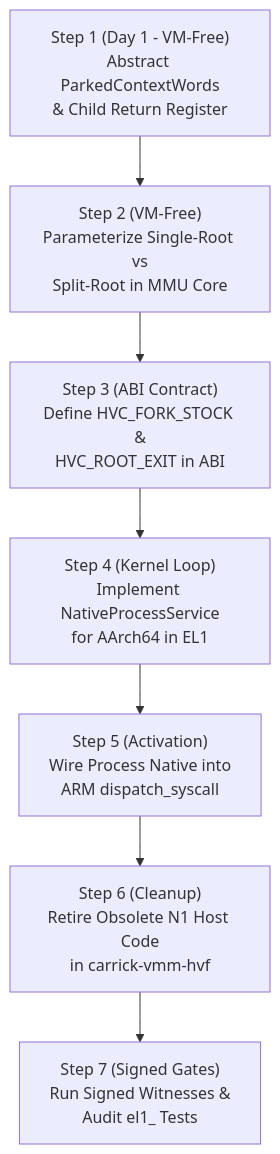
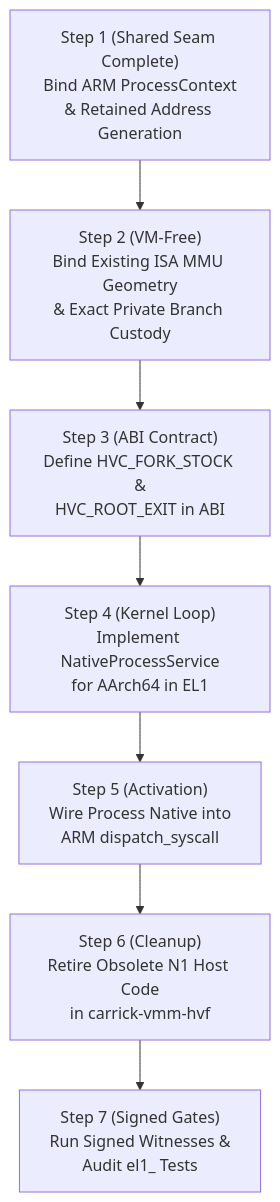
Before and after one commit to carrick-sh/carrick: the second of 2 diagrams in docs/design/arm-shared-process-owner-adoption.md, drawn with Mermaid. The commit also changed other lines of this file and 1 other file, not shown here.

First line of the commit message:
docs(portable): fold shared owner status into the arm adoption design

````diff
--- a/docs/design/arm-shared-process-owner-adoption.md
+++ b/docs/design/arm-shared-process-owner-adoption.md
@@ -365,12 +390,12 @@
 ```mermaid
 flowchart TD
-    S1["Step 1 (Day 1 - VM-Free)<br/>Abstract ParkedContextWords<br/>& Child Return Register"]
-    S2["Step 2 (VM-Free)<br/>Parameterize Single-Root vs<br/>Split-Root in MMU Core"]
+    S1["Step 1 (Shared Seam Complete)<br/>Bind ARM ProcessContext<br/>& Retained Address Generation"]
+    S2["Step 2 (VM-Free)<br/>Bind Existing ISA MMU Geometry<br/>& Exact Private Branch Custody"]
     S3["Step 3 (ABI Contract)<br/>Define HVC_FORK_STOCK &<br/>HVC_ROOT_EXIT in ABI"]
     S4["Step 4 (Kernel Loop)<br/>Implement NativeProcessService<br/>for AArch64 in EL1"]
     S5["Step 5 (Activation)<br/>Wire Process Native into<br/>ARM dispatch_syscall"]
     S6["Step 6 (Cleanup)<br/>Retire Obsolete N1 Host Code<br/>in carrick-vmm-hvf"]
     S7["Step 7 (Signed Gates)<br/>Run Signed Witnesses &<br/>Audit el1_ Tests"]
 
     S1 --> S2 --> S3 --> S4 --> S5 --> S6 --> S7
 ```
````
